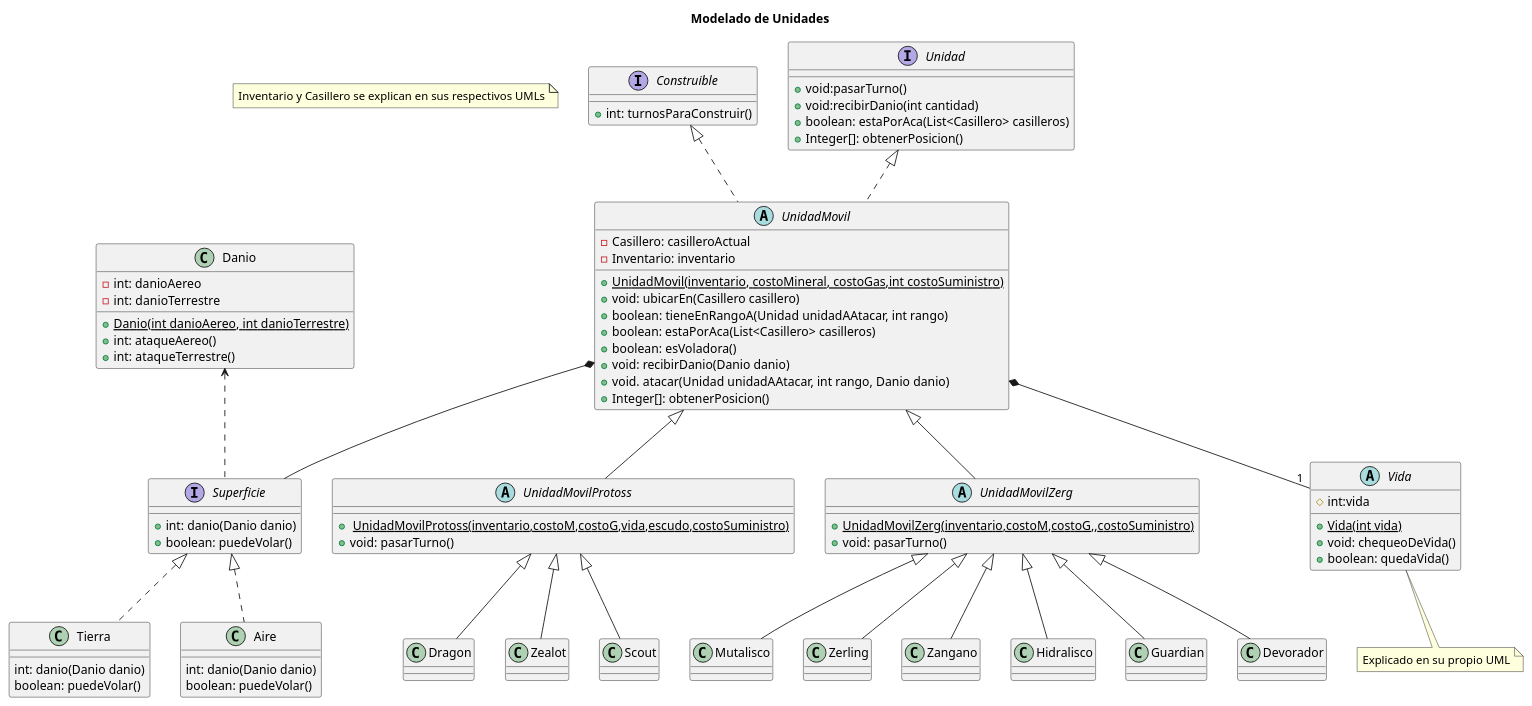
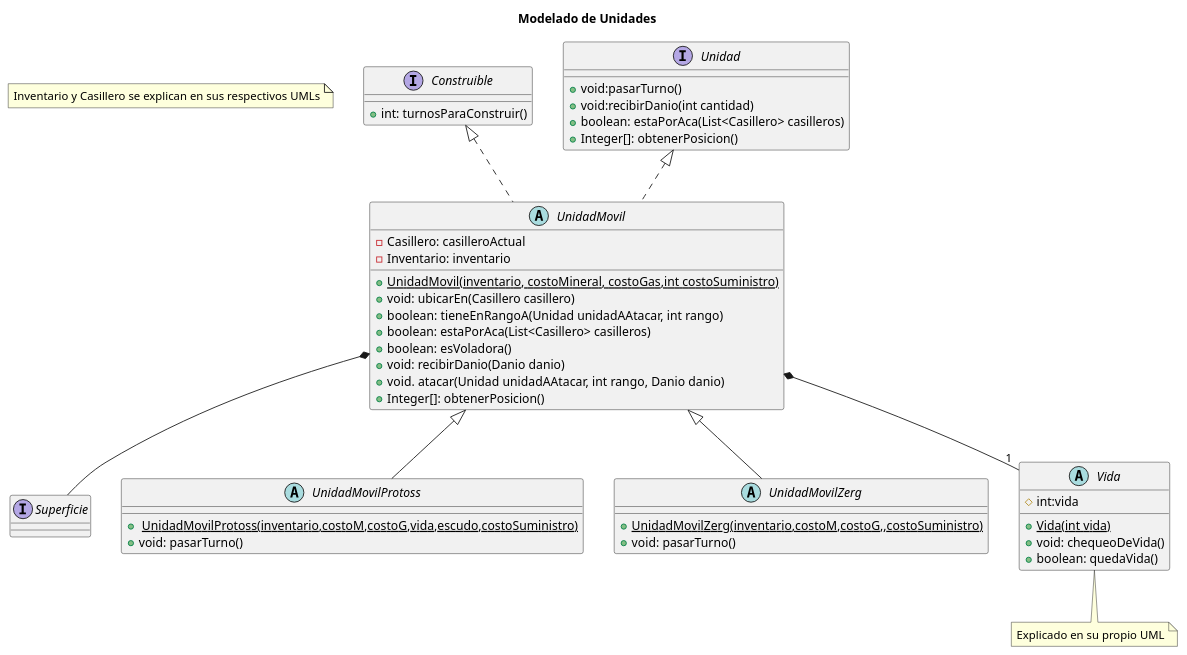
Before and after one commit to m-cabrerar/AlgoStar: the diagram in diagrams/classes/unidades.plantuml, drawn with PlantUML. The commit also changed 5 other files, not shown here.

Commit message:
Unidades UML

```diff
--- a/diagrams/classes/unidades.plantuml
+++ b/diagrams/classes/unidades.plantuml
@@ -1,111 +1,67 @@
 @startuml
 title Modelado de Unidades
 note "Inventario y Casillero se explican en sus respectivos UMLs" as N1
 
-interface Superficie{
-+ int: danio(Danio danio)
-+ boolean: puedeVolar()
-}
-class Tierra{
- int: danio(Danio danio)
- boolean: puedeVolar()
-}
-class Aire{
-int: danio(Danio danio)
-boolean: puedeVolar()
-}
-
-
+interface Superficie{}
 
 interface Construible {
 +int: turnosParaConstruir()
 }
 
 abstract class  UnidadMovil {
  - Casillero: casilleroActual
  - Inventario: inventario
 
  +<u>UnidadMovil(inventario, costoMineral, costoGas,int costoSuministro)
  +void: ubicarEn(Casillero casillero)
  + boolean: tieneEnRangoA(Unidad unidadAAtacar, int rango)
  +boolean: estaPorAca(List<Casillero> casilleros)
  +boolean: esVoladora()
  +void: recibirDanio(Danio danio)
  +void. atacar(Unidad unidadAAtacar, int rango, Danio danio)
  +Integer[]: obtenerPosicion()
 }
 
 abstract class UnidadMovilProtoss {
  + <u> UnidadMovilProtoss(inventario,costoM,costoG,vida,escudo,costoSuministro)
  + void: pasarTurno()
 }
 
 abstract class UnidadMovilZerg{
  + <u>UnidadMovilZerg(inventario,costoM,costoG,,costoSuministro)
  + void: pasarTurno()
 }
 
 interface Unidad {
  + void:pasarTurno()
  + void:recibirDanio(int cantidad)
  +boolean: estaPorAca(List<Casillero> casilleros)
  +Integer[]: obtenerPosicion()
 }
 
 abstract class Vida{
 #int:vida
 
 +<u>Vida(int vida)
 +void: chequeoDeVida()
 +boolean: quedaVida()
 }
 note bottom: Explicado en su propio UML
 
-class Danio{
--int: danioAereo
--int: danioTerrestre
-
-+<u>Danio(int danioAereo, int danioTerrestre)
-+int: ataqueAereo()
-+int: ataqueTerrestre()
-}
-
-class Dragon{}
-class Zealot{}
-class Scout{}
-
-class Mutalisco{}
-class Zerling{}
-class Zangano{}
-class Hidralisco{}
-class Guardian{}
-class Devorador{}
-
 Unidad <|.. UnidadMovil
 
 Construible <|.. UnidadMovil
 
 UnidadMovil <|-- UnidadMovilProtoss
 UnidadMovil <|-- UnidadMovilZerg
 
-UnidadMovilProtoss <|-- Dragon
-UnidadMovilProtoss <|-- Zealot
-UnidadMovilProtoss <|-- Scout
 
-UnidadMovilZerg <|-- Mutalisco
-UnidadMovilZerg <|-- Zerling
-UnidadMovilZerg <|-- Hidralisco
-UnidadMovilZerg <|-- Guardian
-UnidadMovilZerg <|-- Devorador
-UnidadMovilZerg <|-- Zangano
 
 UnidadMovil *-- Superficie
-Superficie <|.. Tierra
-Superficie <|.. Aire
-Danio <.. Superficie
+
 
 UnidadMovil *-- "1"Vida
 
 
 
 @enduml
```
